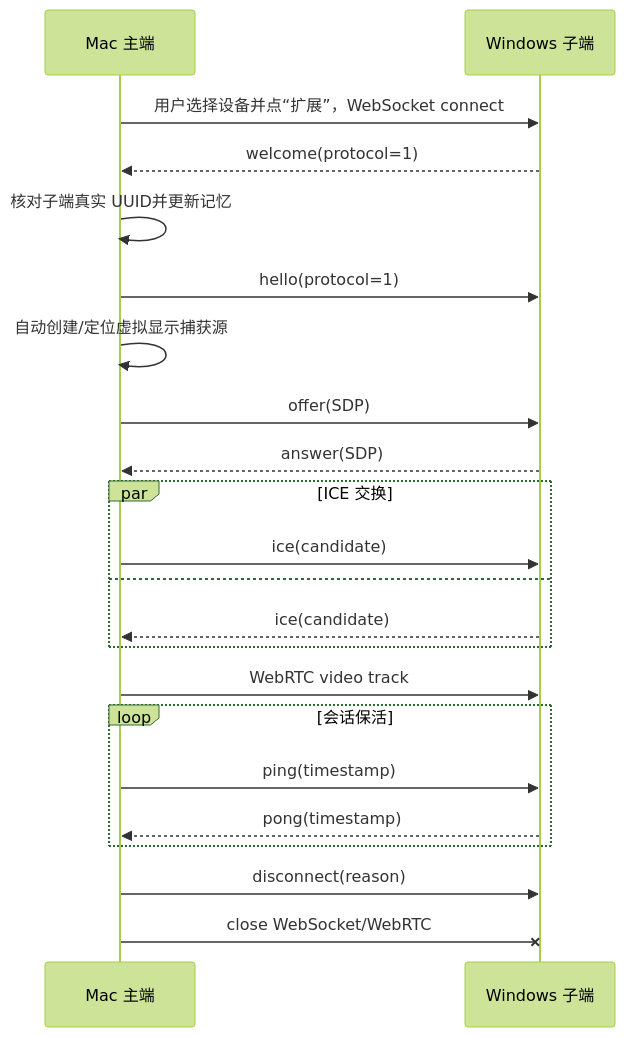
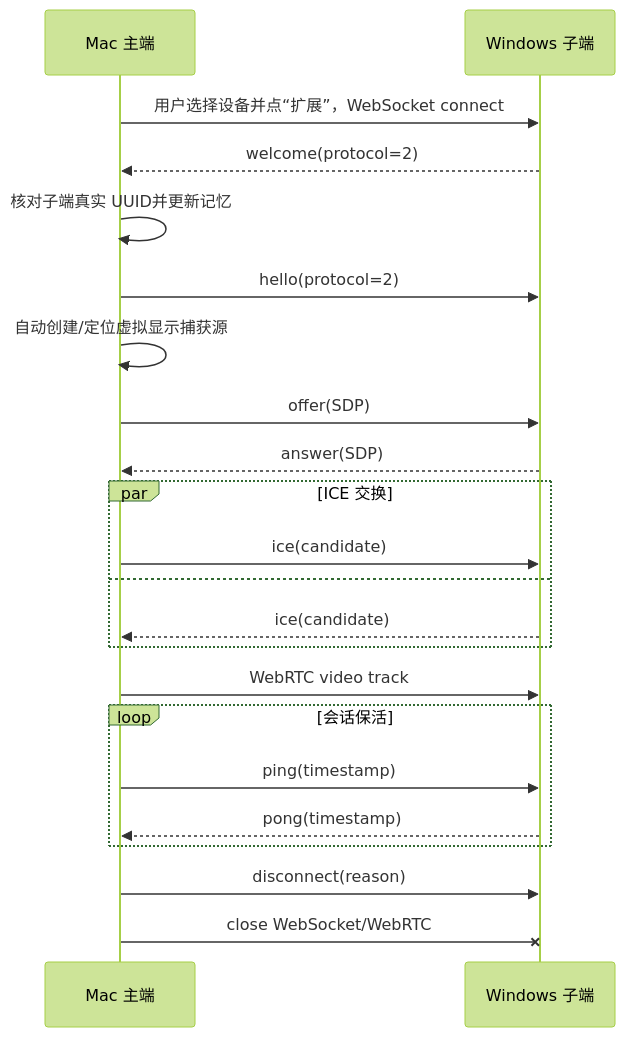
The diagram in docs/protocol.md (Modole/LanExtend), drawn with Mermaid (forest theme) before and after one commit. The commit also changed other lines of this file and 30 other files, not shown here.

````diff
--- a/docs/protocol.md
+++ b/docs/protocol.md
@@ -151,24 +189,24 @@
 ```mermaid
 sequenceDiagram
   participant M as Mac 主端
   participant W as Windows 子端
   M->>W: 用户选择设备并点“扩展”，WebSocket connect
-  W-->>M: welcome(protocol=1)
+  W-->>M: welcome(protocol=2)
   M->>M: 核对子端真实 UUID并更新记忆
-  M->>W: hello(protocol=1)
+  M->>W: hello(protocol=2)
   M->>M: 自动创建/定位虚拟显示捕获源
   M->>W: offer(SDP)
   W-->>M: answer(SDP)
   par ICE 交换
     M->>W: ice(candidate)
   and
     W-->>M: ice(candidate)
   end
   M->>W: WebRTC video track
   loop 会话保活
     M->>W: ping(timestamp)
     W-->>M: pong(timestamp)
   end
   M->>W: disconnect(reason)
   M-xW: close WebSocket/WebRTC
 ```
````
